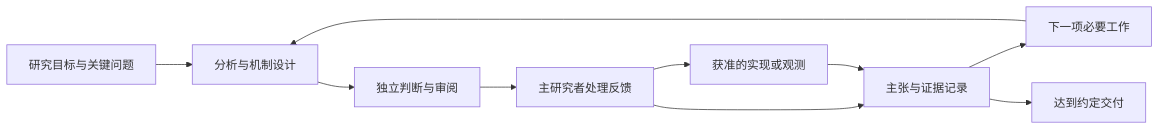
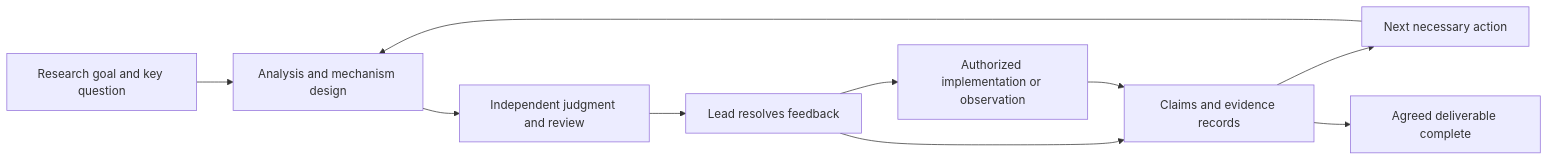
The diagram in README.md (Aoudsung/codex-research-orchestrator), drawn with Mermaid before and after one commit. The commit also changed other lines of this file and 14 other files, not shown here.

````diff
--- a/README.md
+++ b/README.md
@@ -95,12 +94,12 @@
 ```mermaid
 flowchart LR
-    G[研究目标与关键问题] --> A[分析与机制设计]
-    A --> R[独立判断与审阅]
-    R --> D[主研究者处理反馈]
-    D --> E[获准的实现或观测]
-    D --> S[主张与证据记录]
+    G[Research goal and key question] --> A[Analysis and mechanism design]
+    A --> R[Independent judgment and review]
+    R --> D[Lead resolves feedback]
+    D --> E[Authorized implementation or observation]
+    D --> S[Claims and evidence records]
     E --> S
-    S --> N[下一项必要工作]
+    S --> N[Next necessary action]
     N --> A
-    S --> F[达到约定交付]
+    S --> F[Agreed deliverable complete]
 ```
````
